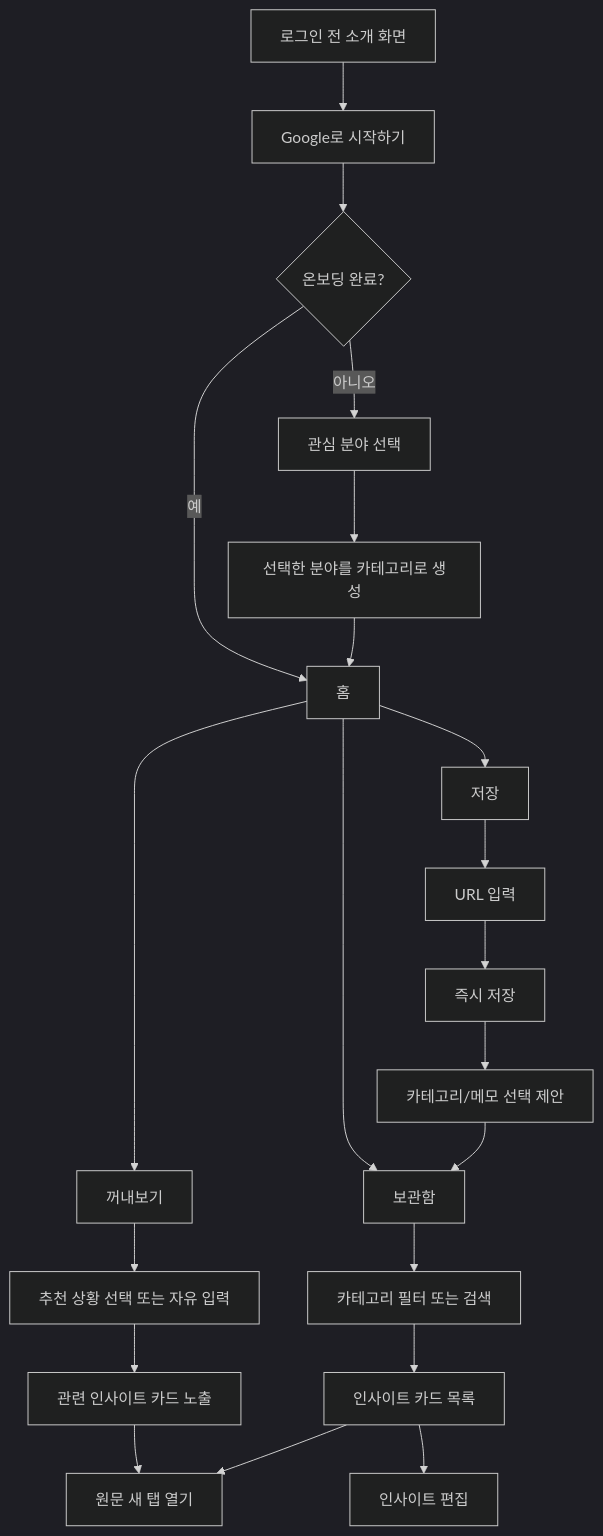
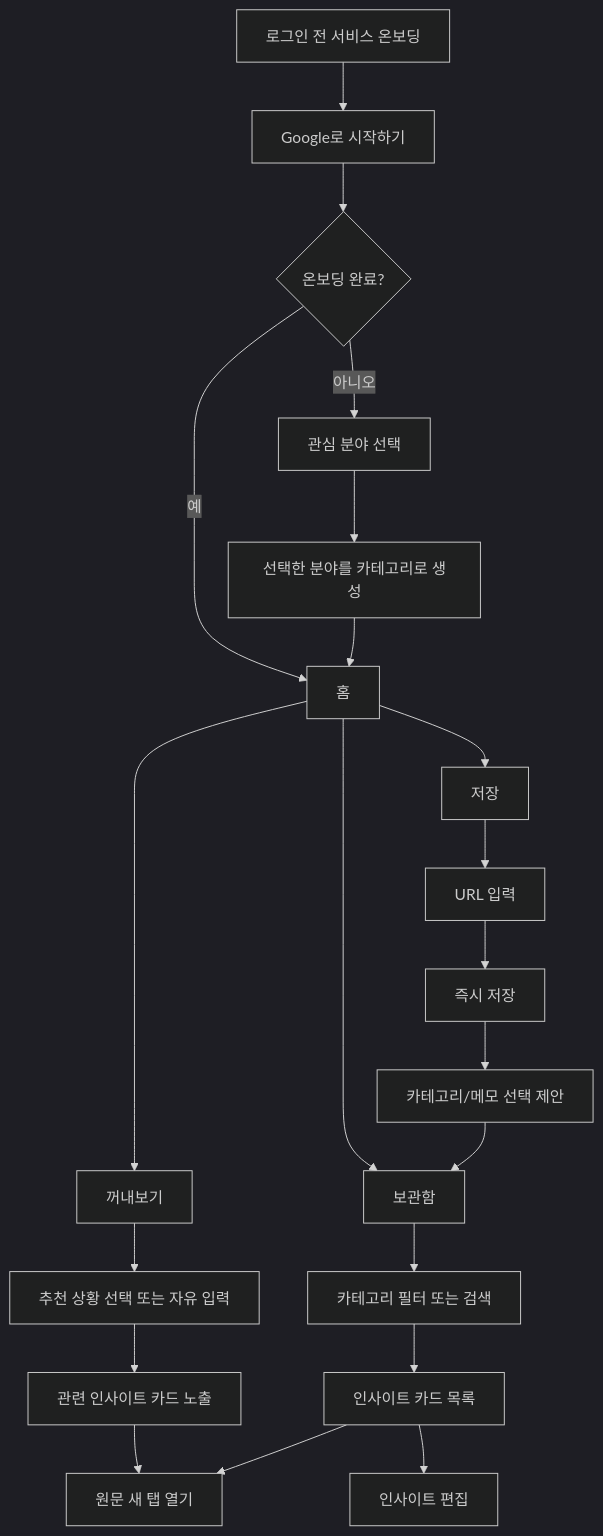
The diagram in docs/plan.md (Mureung1/hub-showcase), drawn with Mermaid (dark theme) before and after one commit. The commit also changed other lines of this file and 11 other files, not shown here.

````diff
--- a/docs/plan.md
+++ b/docs/plan.md
@@ -218,26 +219,26 @@
 ```mermaid
 flowchart TD
-  A["로그인 전 소개 화면"] --> B["Google로 시작하기"]
+  A["로그인 전 서비스 온보딩"] --> B["Google로 시작하기"]
   B --> C{"온보딩 완료?"}
   C -- "아니오" --> D["관심 분야 선택"]
   D --> E["선택한 분야를 카테고리로 생성"]
   C -- "예" --> F["홈"]
   E --> F
 
   F --> G["꺼내보기"]
   G --> H["추천 상황 선택 또는 자유 입력"]
   H --> I["관련 인사이트 카드 노출"]
   I --> J["원문 새 탭 열기"]
 
   F --> K["보관함"]
   K --> L["카테고리 필터 또는 검색"]
   L --> M["인사이트 카드 목록"]
   M --> J
   M --> N["인사이트 편집"]
 
   F --> O["저장"]
   O --> P["URL 입력"]
   P --> Q["즉시 저장"]
   Q --> R["카테고리/메모 선택 제안"]
   R --> K
 ```
````
